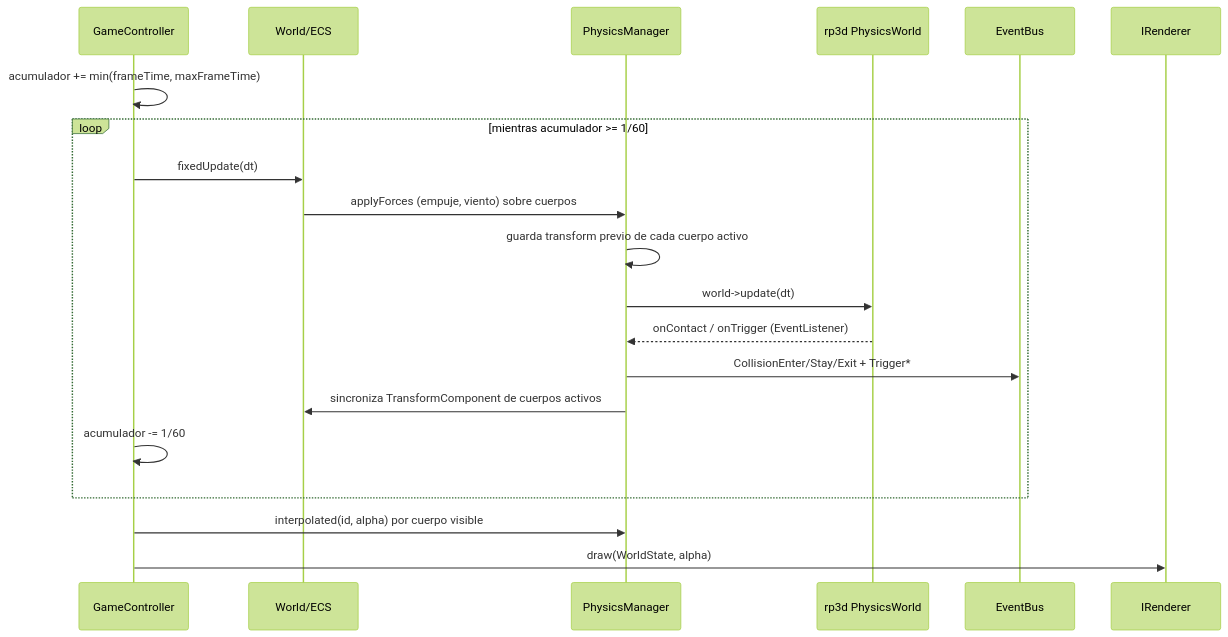
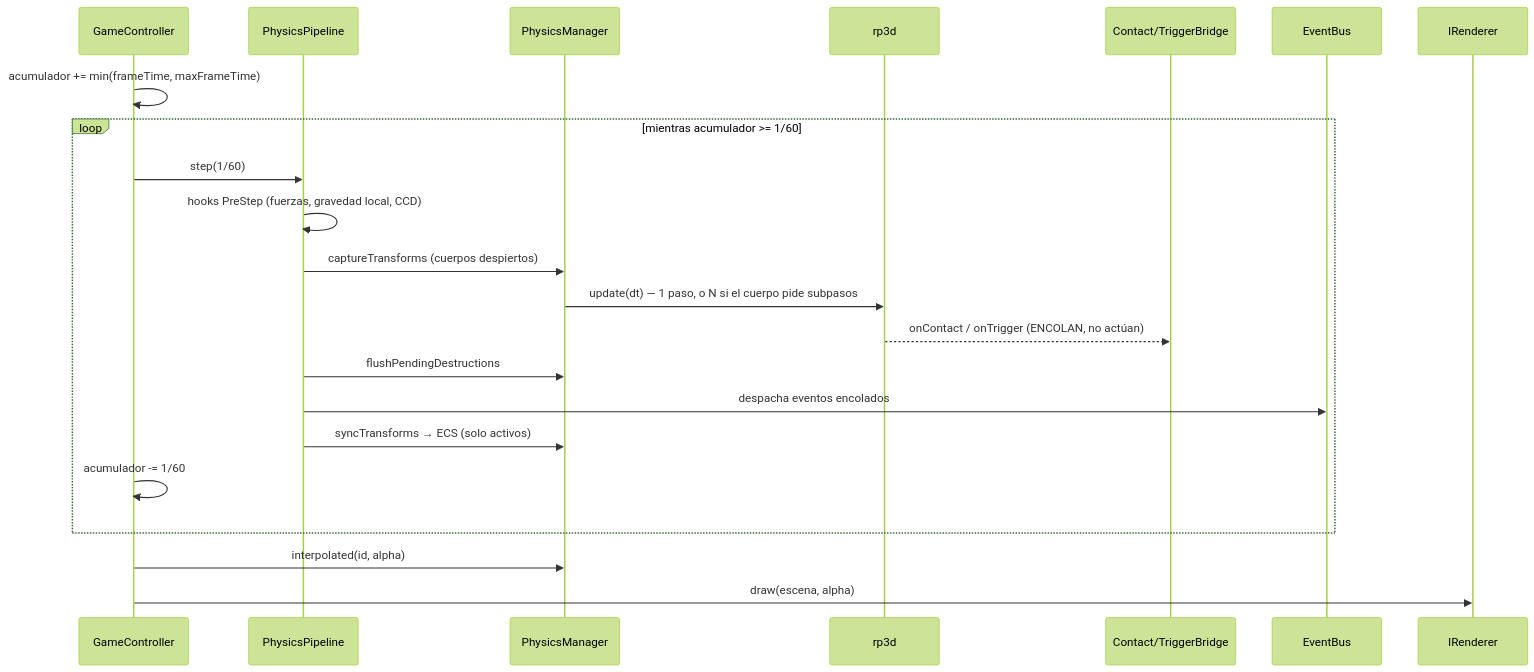
One commit to jabc585/Juego-Drone changed the second of 8 diagrams in grafico.md. Above: the diagram before and after it, drawn with Mermaid (forest theme). The commit also changed other lines of this file, not shown here.

````diff
--- a/grafico.md
+++ b/grafico.md
@@ -222,23 +366,25 @@
 ```mermaid
 sequenceDiagram
     participant GC as GameController
-    participant W as World/ECS
+    participant PIPE as PhysicsPipeline
     participant PM as PhysicsManager
-    participant RP as rp3d PhysicsWorld
+    participant RP as rp3d
+    participant BR as Contact/TriggerBridge
     participant EB as EventBus
     participant R as IRenderer
 
     GC->>GC: acumulador += min(frameTime, maxFrameTime)
     loop mientras acumulador >= 1/60
-        GC->>W: fixedUpdate(dt)
-        W->>PM: applyForces (empuje, viento) sobre cuerpos
-        PM->>PM: guarda transform previo de cada cuerpo activo
-        PM->>RP: world->update(dt)
-        RP-->>PM: onContact / onTrigger (EventListener)
-        PM->>EB: CollisionEnter/Stay/Exit + Trigger*
-        PM->>W: sincroniza TransformComponent de cuerpos activos
+        GC->>PIPE: step(1/60)
+        PIPE->>PIPE: hooks PreStep (fuerzas, gravedad local, CCD)
+        PIPE->>PM: captureTransforms (cuerpos despiertos)
+        PM->>RP: update(dt) — 1 paso, o N si el cuerpo pide subpasos
+        RP-->>BR: onContact / onTrigger (ENCOLAN, no actúan)
+        PIPE->>PM: flushPendingDestructions
+        PIPE->>EB: despacha eventos encolados
+        PIPE->>PM: syncTransforms → ECS (solo activos)
         GC->>GC: acumulador -= 1/60
     end
-    GC->>PM: interpolated(id, alpha) por cuerpo visible
-    GC->>R: draw(WorldState, alpha)
+    GC->>PM: interpolated(id, alpha)
+    GC->>R: draw(escena, alpha)
 ```
````
